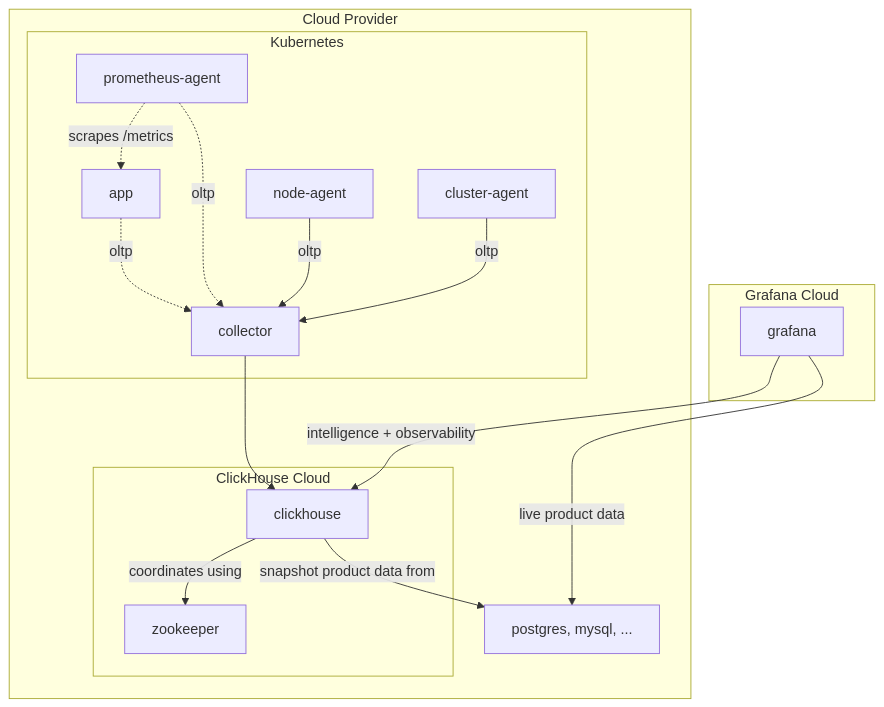
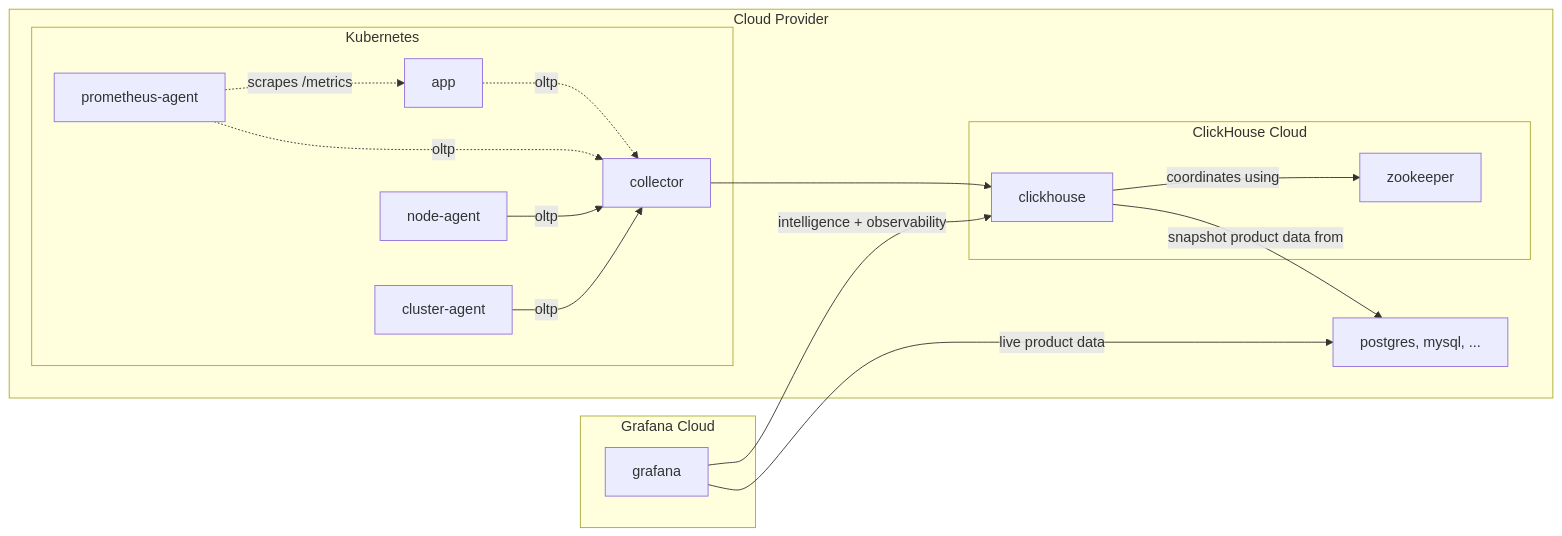
The second of 2 diagrams in docs/ARCHITECTURE.md (mjpitz/cognative), drawn with Mermaid before and after one commit. The commit also changed other lines of this file, not shown here.

Commit message:
docs: make architecture diagrams a little more readable

````diff
--- a/docs/ARCHITECTURE.md
+++ b/docs/ARCHITECTURE.md
@@ -157,38 +159,38 @@
 ```mermaid
-flowchart TD
+flowchart LR
     subgraph Cloud Provider
         database[postgres, mysql, ...]
 
         subgraph ClickHouse Cloud
             clickhouse
             zookeeper
         end
 
         subgraph Kubernetes
             collector
             cluster-agent
             node-agent
             prometheus-agent
             app
         end
     end
 
     subgraph Grafana Cloud
         grafana
     end
 
     clickhouse -- coordinates using --> zookeeper
 
     clickhouse -- snapshot product data from --> database
     grafana -- live product data --> database
 
     grafana -- intelligence + observability --> clickhouse
     collector --> clickhouse
 
     cluster-agent -- oltp --> collector
     node-agent -- oltp --> collector
     prometheus-agent -. oltp .-> collector
     app -. oltp .-> collector
 
     prometheus-agent -. scrapes /metrics .-> app
 ```
````
